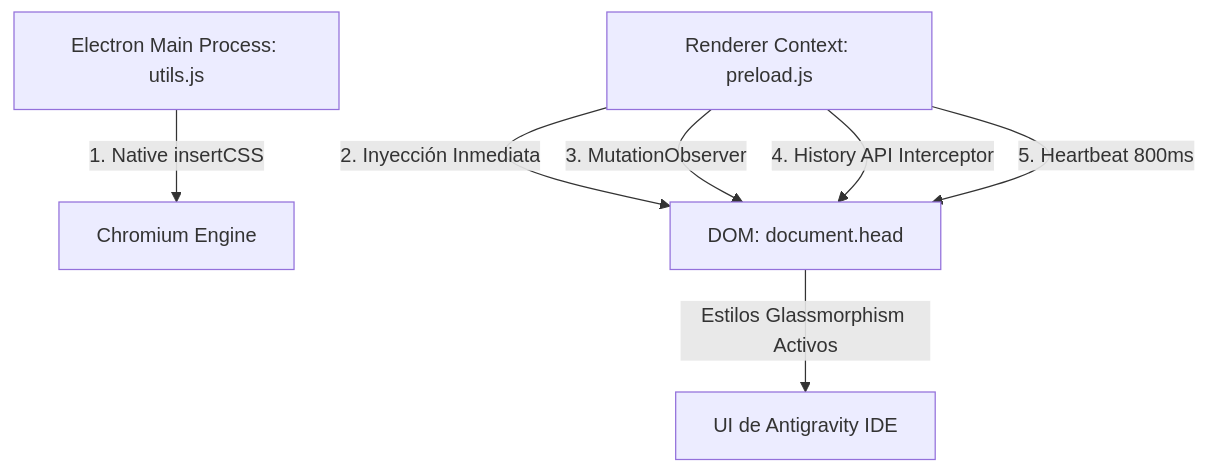
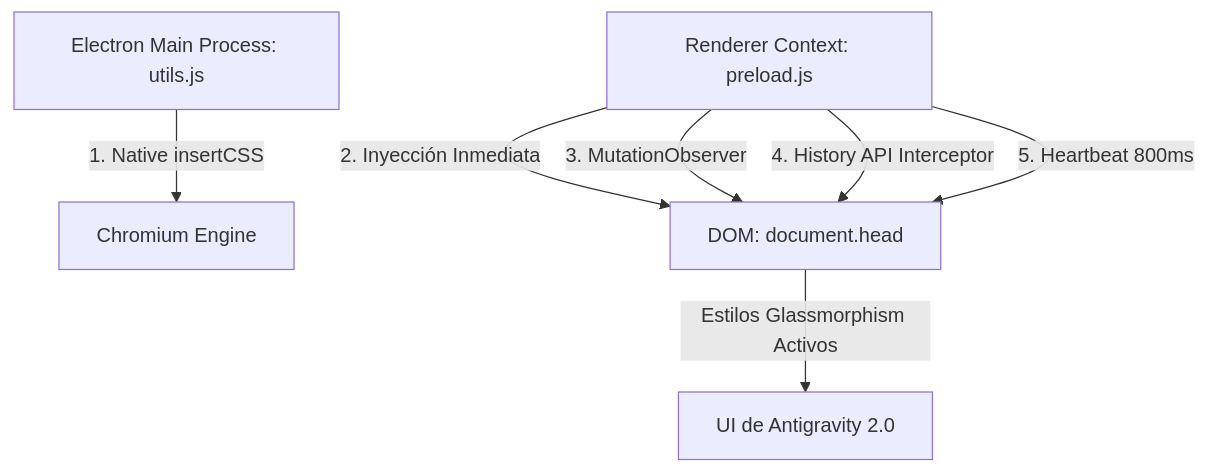
The diagram in docs/ARCHITECTURE.md (Kineyo/antigravity-wallpaper-glassmorphism), drawn with Mermaid before and after one commit. The commit also changed other lines of this file and 2 other files, not shown here.

Commit message:
docs: specify Google Antigravity 2.0 compatibility across documentation and badges

````diff
--- a/docs/ARCHITECTURE.md
+++ b/docs/ARCHITECTURE.md
@@ -19,9 +19,9 @@
 ```mermaid
 graph TD
     A[Electron Main Process: utils.js] -->|1. Native insertCSS| B[Chromium Engine]
     C[Renderer Context: preload.js] -->|2. Inyección Inmediata| D[DOM: document.head]
     C -->|3. MutationObserver| D
     C -->|4. History API Interceptor| D
     C -->|5. Heartbeat 800ms| D
-    D -->|Estilos Glassmorphism Activos| E[UI de Antigravity IDE]
+    D -->|Estilos Glassmorphism Activos| E[UI de Antigravity 2.0]
 ```
````
